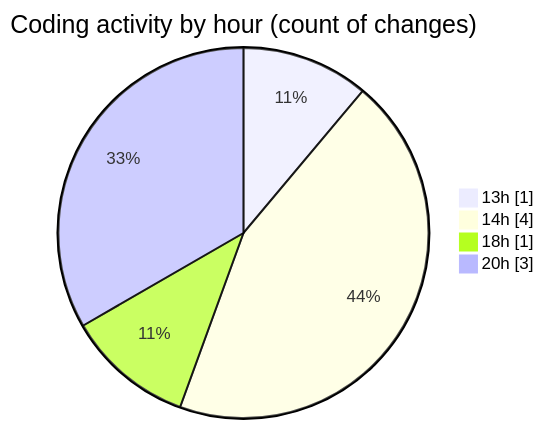
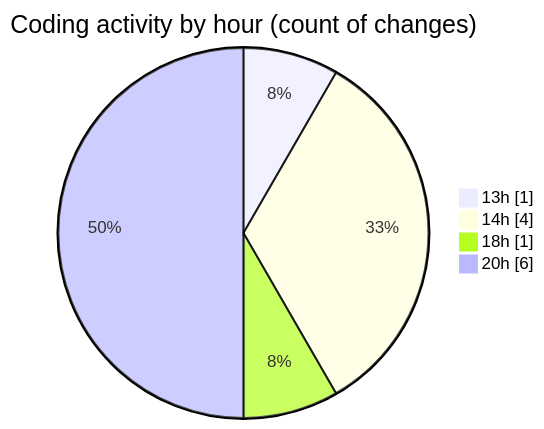
Before and after one commit to donsfak/code-tracking: the second of 2 diagrams in 2025-02-20/uber_clone/README.md, drawn with Mermaid. The commit also changed other lines of this file and 1 other file, not shown here.

````diff
--- a/2025-02-20/uber_clone/README.md
+++ b/2025-02-20/uber_clone/README.md
@@ -33,8 +34,8 @@
 ```mermaid
 pie showData
 title Coding activity by hour (count of changes)
 "13h" : 1
 "14h" : 4
 "18h" : 1
-"20h" : 3
+"20h" : 6
 ```
````
